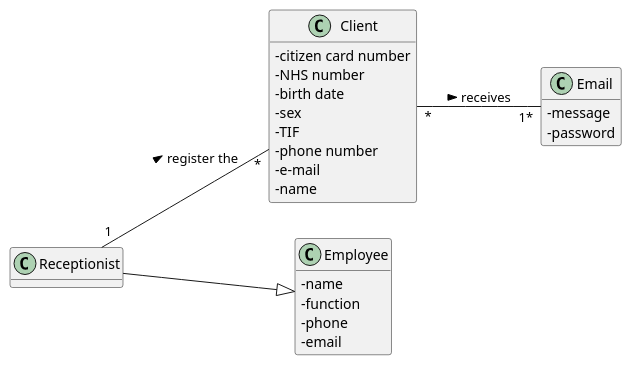
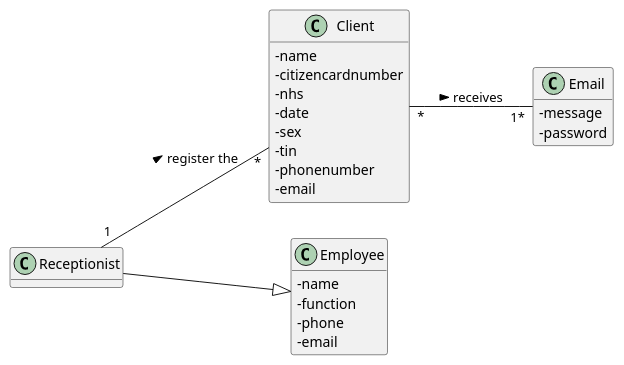
Before and after one commit to manu-07-ela/LAPR2_ISEP: the diagram in docs/SprintB/US03/US3_MD.puml, drawn with PlantUML. The commit also changed 4 other files, not shown here.

```diff
--- a/docs/SprintB/US03/US3_MD.puml
+++ b/docs/SprintB/US03/US3_MD.puml
@@ -1,40 +1,40 @@
 @startuml
 hide methods
 left to right direction
 skinparam classAttributeIconSize 0
 
 
 class Receptionist {
 
 }
 
 class Client {
-  -citizen card number
-  -NHS number
-  -birth date
+  -name
+  -citizencardnumber
+  -nhs
+  -date
   -sex
-  -TIF
-  -phone number
-  -e-mail
-  -name
+  -tin
+  -phonenumber
+  -email
 }
 
 class Email {
   -message
   -password
 }
 
 class Employee {
   -name
   -function
   -phone
   -email
 }
 
 
 Receptionist "1" -- "*" Client : register the >
 Client "*" -- "1*" Email: receives >
 Receptionist --|> Employee
 
 
 @enduml
```
